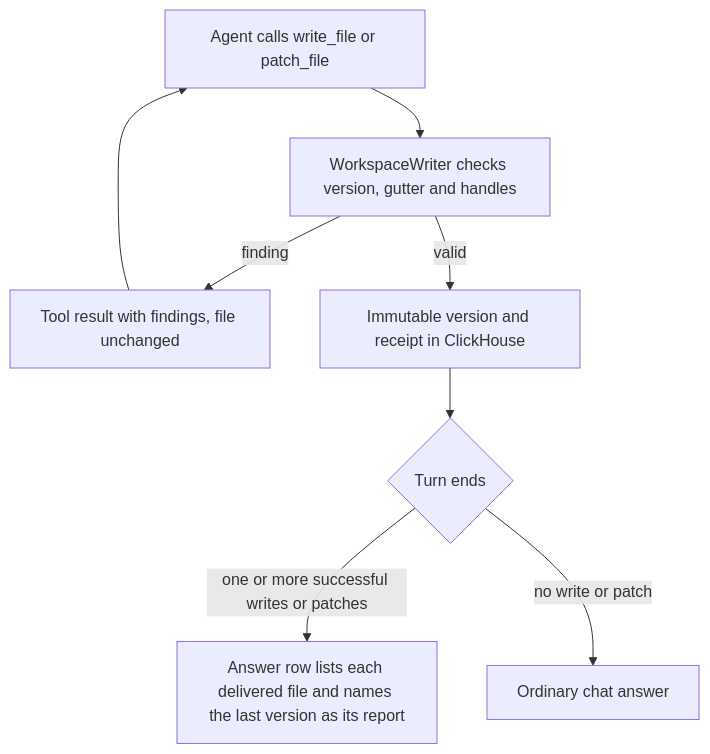
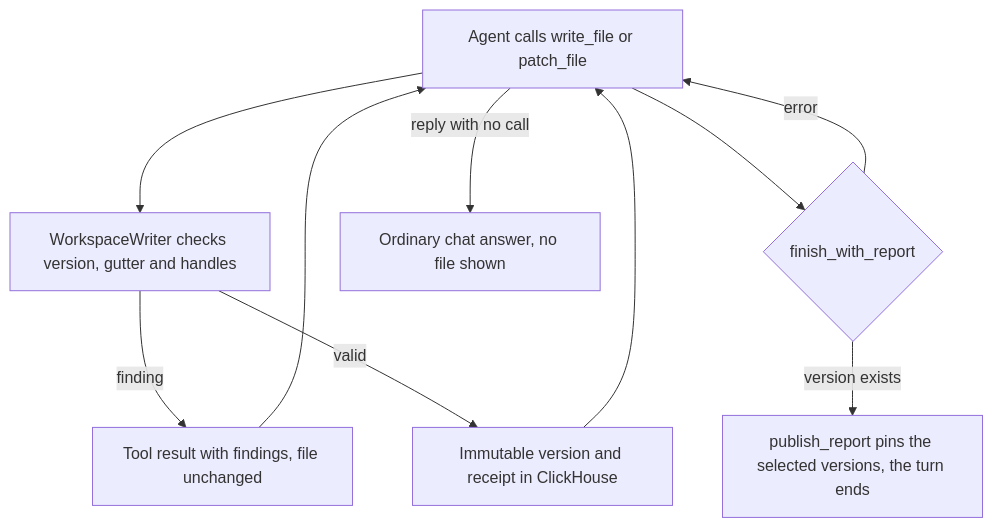
The first of 4 diagrams in docs/architecture/Chat_And_Agents.md (liquidinvestigations/hoover4), drawn with Mermaid before and after one commit. The commit also changed other lines of this file and 101 other files, not shown here.

Commit message:
finish_with_report selects the answer report

````diff
--- a/docs/architecture/Chat_And_Agents.md
+++ b/docs/architecture/Chat_And_Agents.md
@@ -357,12 +357,14 @@
 ```mermaid
 flowchart TD
     accTitle: The report of a turn
-    accDescr: The agent writes a file through the session writer. A checked version is stored. At the end of the turn the answer lists every delivered file, and the last successful write or patch is its report.
+    accDescr: The agent writes a file through the session writer. A checked version is stored. A successful finish_with_report call selects a stored version as the answer and ends the turn. Without that call the turn ends with a chat answer and shows no file.
     A[Agent calls write_file or patch_file] --> B[WorkspaceWriter checks version, gutter and handles]
     B -->|finding| C[Tool result with findings, file unchanged]
     C --> A
     B -->|valid| D[Immutable version and receipt in ClickHouse]
-    D --> E{Turn ends}
-    E -->|one or more successful writes or patches| F[Answer row lists each delivered file and names the last version as its report]
-    E -->|no write or patch| G[Ordinary chat answer]
+    D --> A
+    A --> E{finish_with_report}
+    E -->|version exists| F[publish_report pins the selected versions, the turn ends]
+    E -->|error| A
+    A -->|reply with no call| G[Ordinary chat answer, no file shown]
 ```
````
